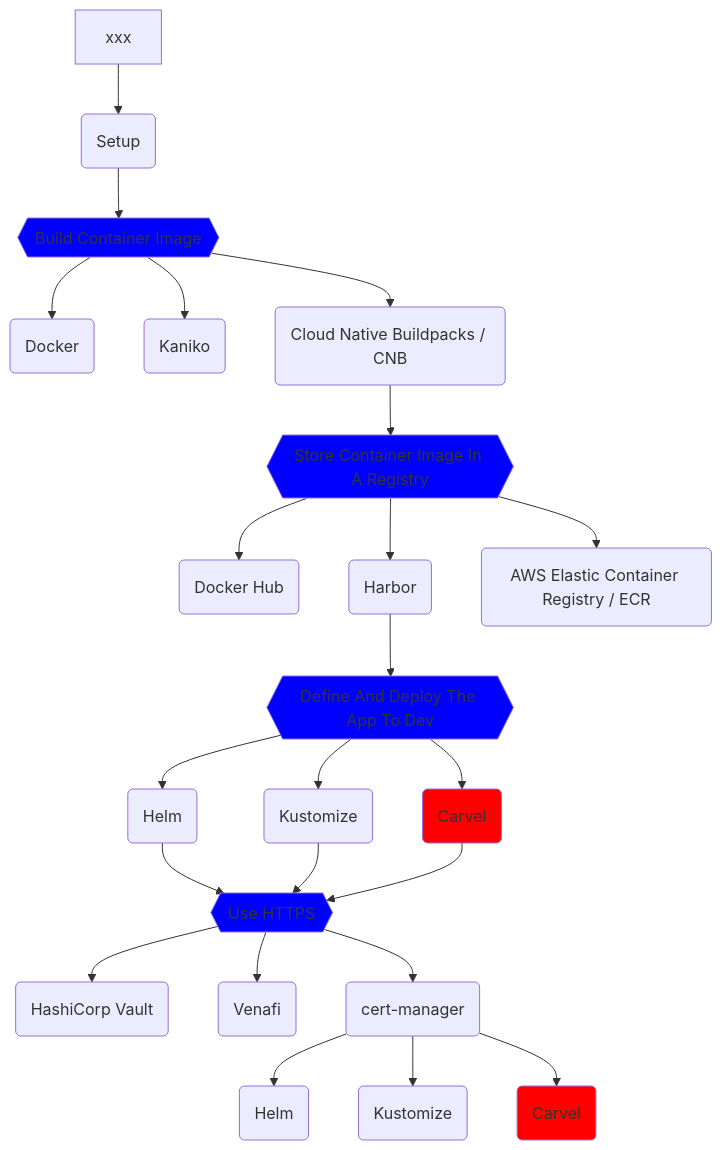
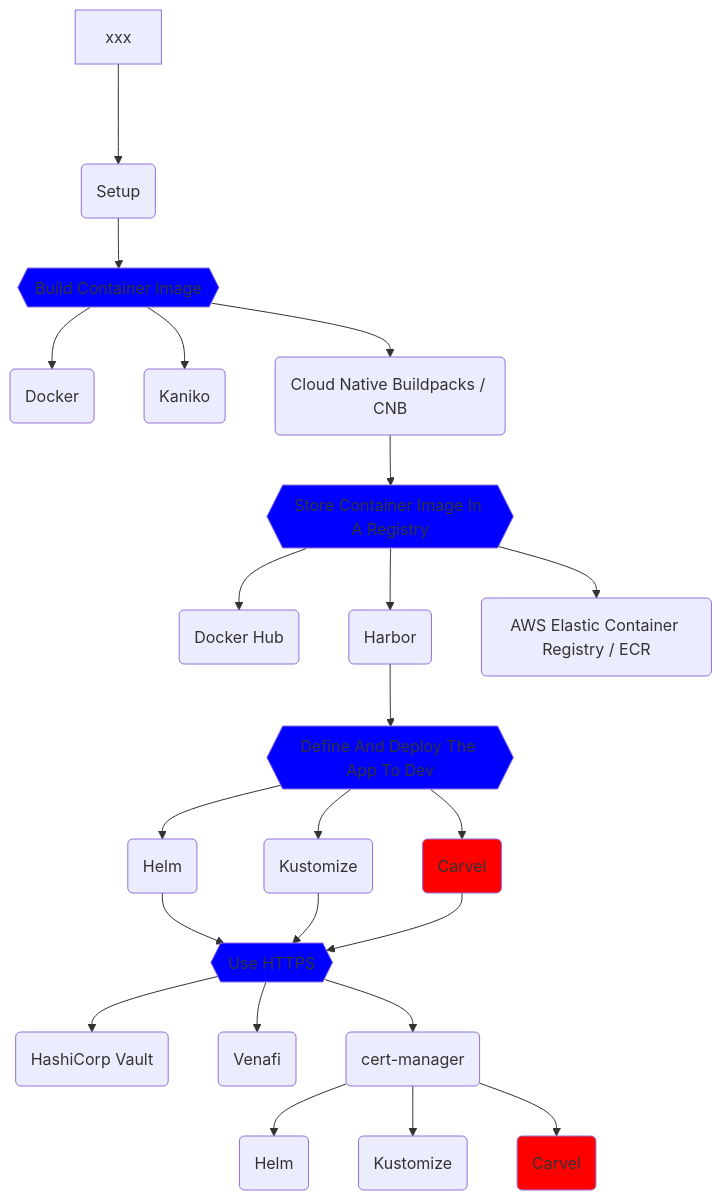
Before and after one commit to vfarcic/cncf-demo: the diagram in solution.md, drawn with Mermaid.

````diff
--- a/solution.md
+++ b/solution.md
@@ -3,76 +3,75 @@
 ```mermaid
 flowchart TD;
 
-    xxx-->setup
+    xxx--->setup
 
     setup(Setup);
-    click setup-reqs "vfarcic/cncf-demo/blob/main/manuscript/setup.md"
+    click setup "vfarcic/cncf-demo/blob/main/manuscript/setup.md"
 
     setup-->bci
 
     bci{{Build Container Image}}
     click bci "vfarcic/cncf-demo/blob/main/manuscript/build-container-image/story.md"
     style bci fill:blue
     bci1(Docker)
     click bci1 "vfarcic/cncf-demo/blob/main/manuscript/build-container-image/docker.md"
     bci2(Kaniko)
     click bci2 "vfarcic/cncf-demo/blob/main/manuscript/build-container-image/kaniko.md"
     bci3(Cloud Native Buildpacks / CNB)
     click bci3 "vfarcic/cncf-demo/blob/main/manuscript/build-container-image/buildpacks.md"
 
     bci-->bci1;
     bci-->bci2;
     bci-->bci3-->registry;
 
     registry{{Store Container Image In A Registry}}
     click registry "vfarcic/cncf-demo/blob/main/manuscript/registry/story.md"
     style registry fill:blue
     registry1(Docker Hub)
     click registry1 "vfarcic/cncf-demo/blob/main/manuscript/registry/docker-hub.md"
     registry2(Harbor)
     click registry2 "vfarcic/cncf-demo/blob/main/manuscript/registry/harbor.md"
     registry3(AWS Elastic Container Registry / ECR)
     click registry3 "vfarcic/cncf-demo/blob/main/manuscript/registry/ecr.md"
 
     registry-->registry1;
     registry-->registry2-->ddd;
     registry-->registry3;
 
     ddd{{Define And Deploy The App To Dev}}
     click ddd "vfarcic/cncf-demo/blob/main/manuscript/define-deploy-dev/story.md"
     style ddd fill:blue
     ddd1(Helm)
     click ddd1 "vfarcic/cncf-demo/blob/main/manuscript/define-deploy-dev/helm.md"
     ddd2(Kustomize)
     click ddd2 "vfarcic/cncf-demo/blob/main/manuscript/define-deploy-dev/kustomize.md"
     ddd3(Carvel)
-    click ddd3 "vfarcic/cncf-demo/blob/main/manuscript/define-deploy-dev/carvel.md"
     style ddd3 fill:red
 
     ddd-->ddd1-->https;
     ddd-->ddd2-->https;
     ddd-->ddd3-->https;
 
     https{{Use HTTPS}}
     click https "vfarcic/cncf-demo/blob/main/manuscript/https/story.md"
     style https fill:blue
     https1(HashiCorp Vault)
     click https1 "vfarcic/cncf-demo/blob/main/manuscript/https/vault.md"
     https2(Venafi)
     click https2 "vfarcic/cncf-demo/blob/main/manuscript/https/venafi.md"
     https3(cert-manager)
     click https3 "vfarcic/cncf-demo/blob/main/manuscript/https/cert-manager.md"
     https3-helm(Helm)
     click https3-helm "vfarcic/cncf-demo/blob/main/manuscript/https/cert-manager-helm.md"
     https3-kustomize(Kustomize)
     click https3-kustomize "vfarcic/cncf-demo/blob/main/manuscript/https/cert-manager-kustomize.md"
     https3-carvel(Carvel)
     style https3-carvel fill:red
 
     https-->https1;
     https-->https2;
     https-->https3;
     https3-->https3-helm;
     https3-->https3-kustomize;
     https3-->https3-carvel;
 ```
````
